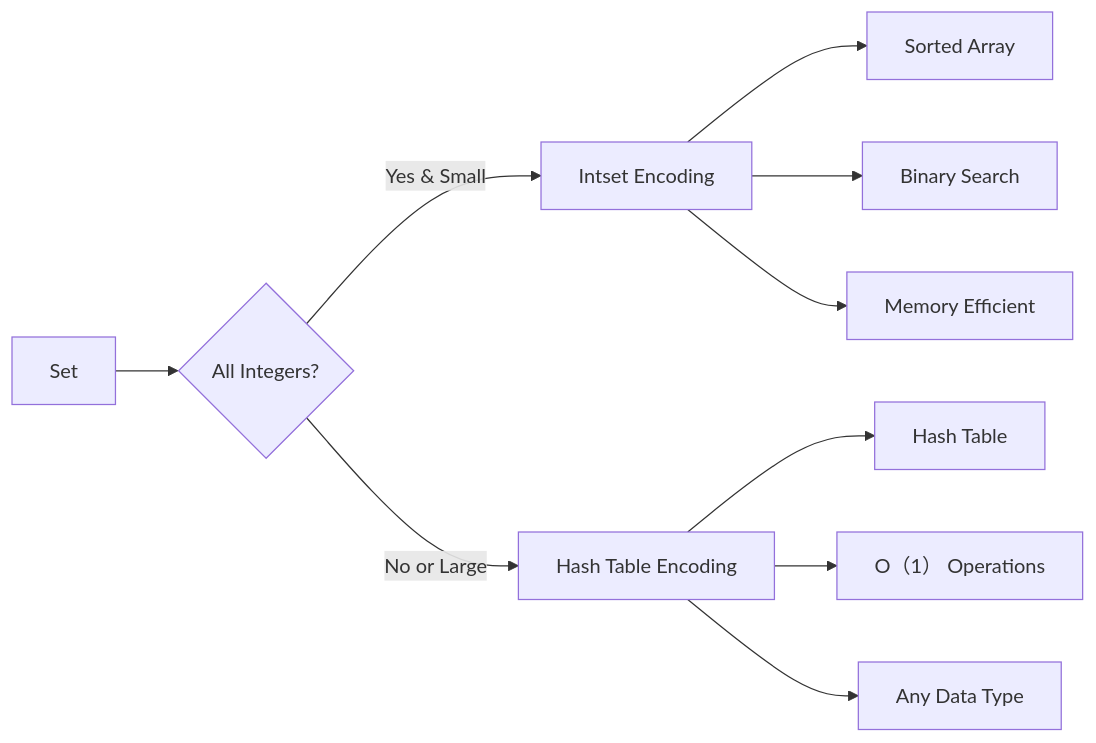
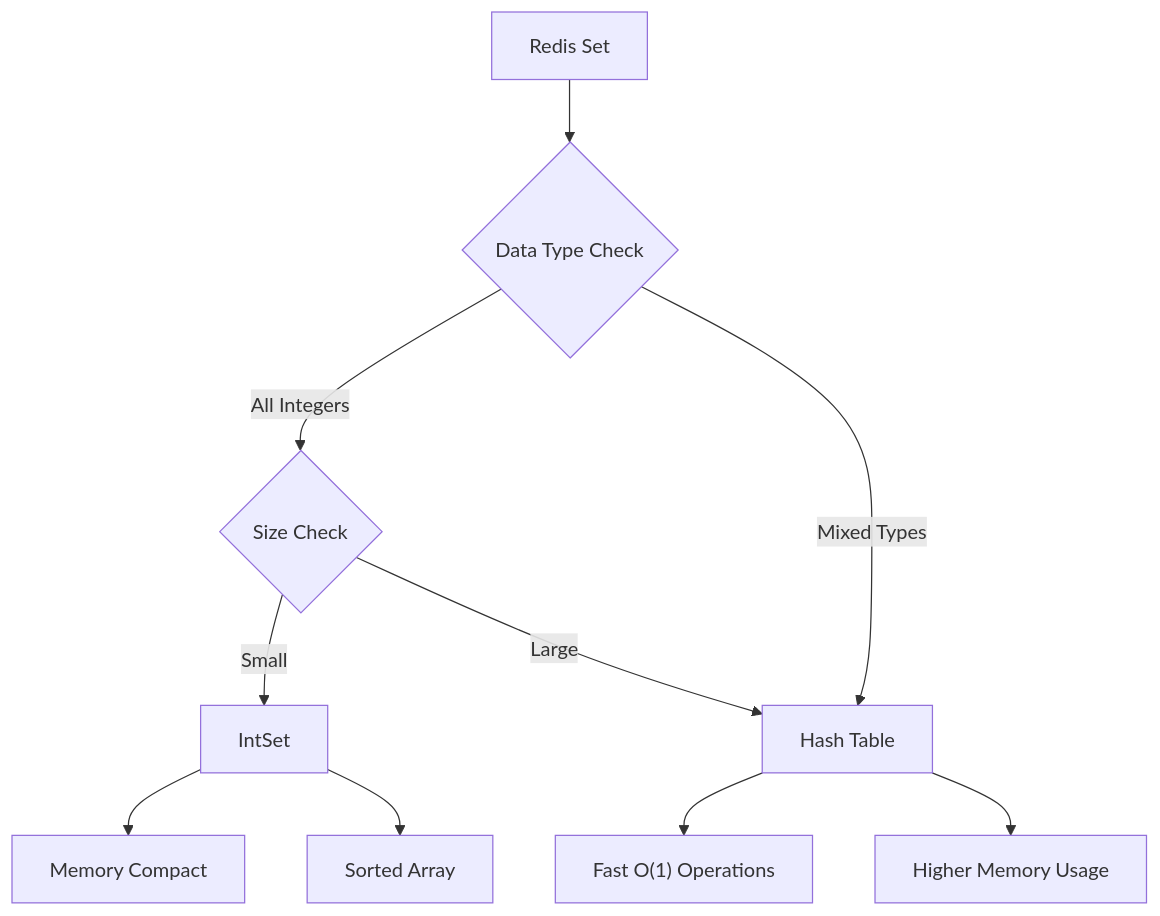
One commit to shayne007/blog changed the third of 11 diagrams in source/_posts/Redis-Data-Types-and-Data-Structures-Complete-Guide.md. Above: the diagram before and after it, drawn with Mermaid. The commit also changed other lines of this file and 3 other files, not shown here.

Commit message:
add redis memory eviction

```diff
--- a/source/_posts/Redis-Data-Types-and-Data-Structures-Complete-Guide.md
+++ b/source/_posts/Redis-Data-Types-and-Data-Structures-Complete-Guide.md
@@ -266,13 +221,13 @@
-{% mermaid flowchart LR %}
-    A[Set] --> B{All Integers?}
-    B -->|Yes & Small| C[Intset Encoding]
-    B -->|No or Large| D[Hash Table Encoding]
+{% mermaid flowchart TD %}
+    A[Redis Set] --> B{Data Type Check}
+    B -->|All Integers| C{Size Check}
+    B -->|Mixed Types| D[Hash Table]
     
-    C --> C1[Sorted Array]
-    C --> C2[Binary Search]
-    C --> C3[Memory Efficient]
+    C -->|Small| E[IntSet]
+    C -->|Large| D
     
-    D --> D1[Hash Table]
-    D --> D2[O（1） Operations]
-    D --> D3[Any Data Type]
+    E --> F[Memory Compact]
+    E --> G[Sorted Array]
+    D --> H["Fast O(1) Operations"]
+    D --> I[Higher Memory Usage]
 {% endmermaid %}
```
